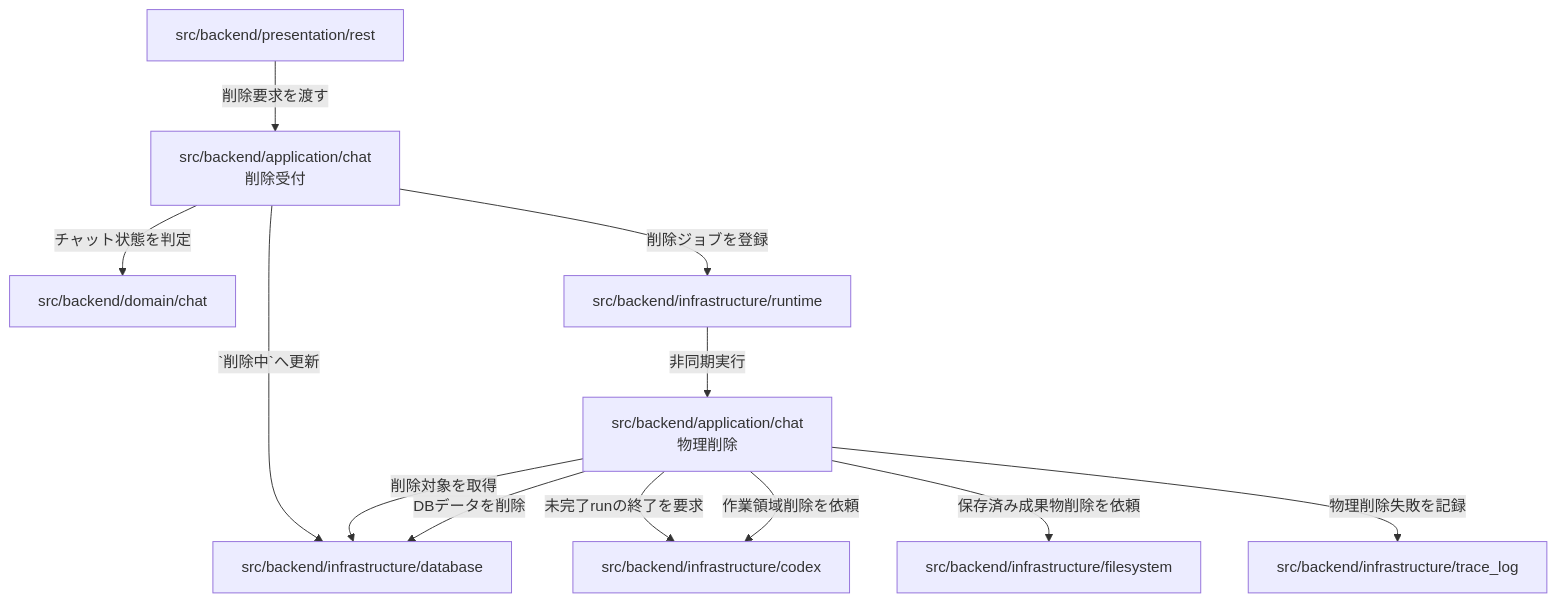
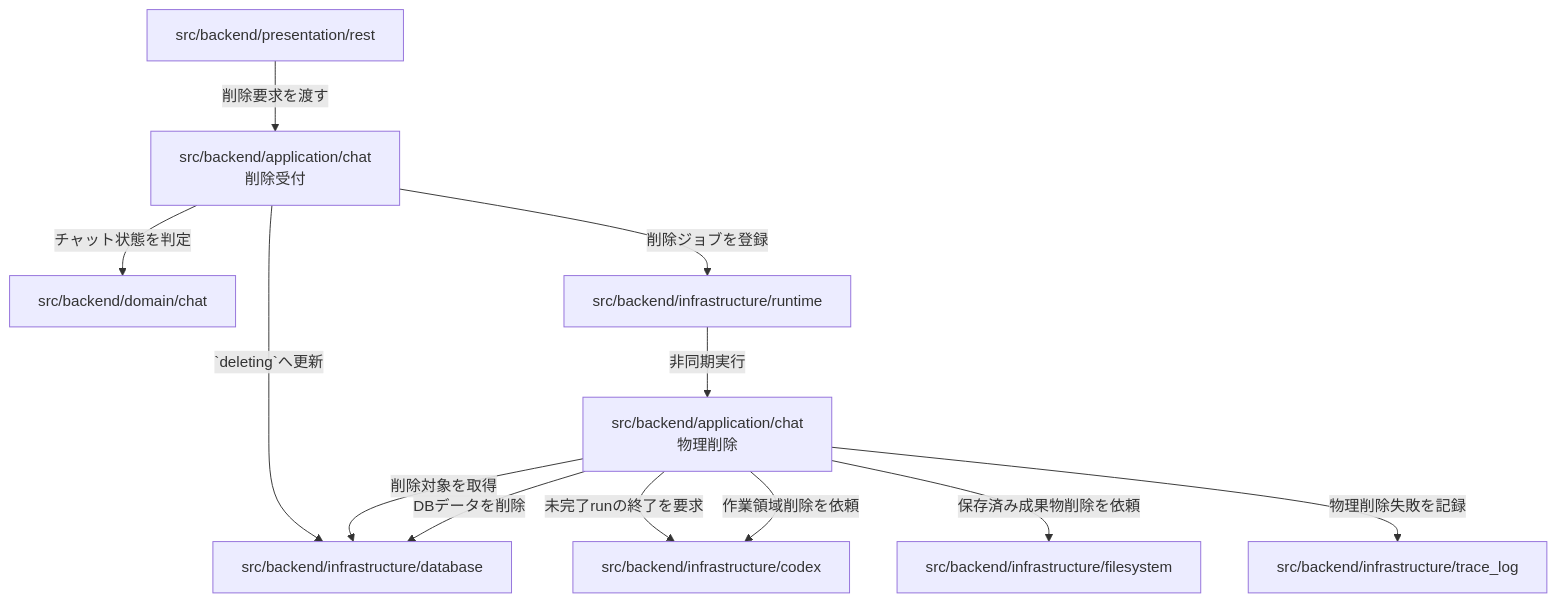
Before and after one commit to mincsys/D-Concierge: the fourth of 5 diagrams in docs/03_内部設計/01_アーキテクチャ設計/アーキテクチャ設計.md, drawn with Mermaid. The commit also changed other lines of this file and 83 other files, not shown here.

````diff
--- a/docs/03_内部設計/01_アーキテクチャ設計/アーキテクチャ設計.md
+++ b/docs/03_内部設計/01_アーキテクチャ設計/アーキテクチャ設計.md
@@ -191,24 +191,24 @@
 ```mermaid
 flowchart TD
     rest["src/backend/presentation/rest"]
     deletion_accept["src/backend/application/chat<br>削除受付"]
     deletion_execute["src/backend/application/chat<br>物理削除"]
     chat_domain["src/backend/domain/chat"]
     runtime["src/backend/infrastructure/runtime"]
     database["src/backend/infrastructure/database"]
     codex["src/backend/infrastructure/codex"]
     filesystem["src/backend/infrastructure/filesystem"]
     trace_log["src/backend/infrastructure/trace_log"]
 
     rest -->|削除要求を渡す| deletion_accept
     deletion_accept -->|チャット状態を判定| chat_domain
-    deletion_accept -->|`削除中`へ更新| database
+    deletion_accept -->|`deleting`へ更新| database
     deletion_accept -->|削除ジョブを登録| runtime
     runtime -->|非同期実行| deletion_execute
     deletion_execute -->|削除対象を取得| database
     deletion_execute -->|未完了runの終了を要求| codex
     deletion_execute -->|作業領域削除を依頼| codex
     deletion_execute -->|保存済み成果物削除を依頼| filesystem
     deletion_execute -->|DBデータを削除| database
     deletion_execute -->|物理削除失敗を記録| trace_log
 ```
````
